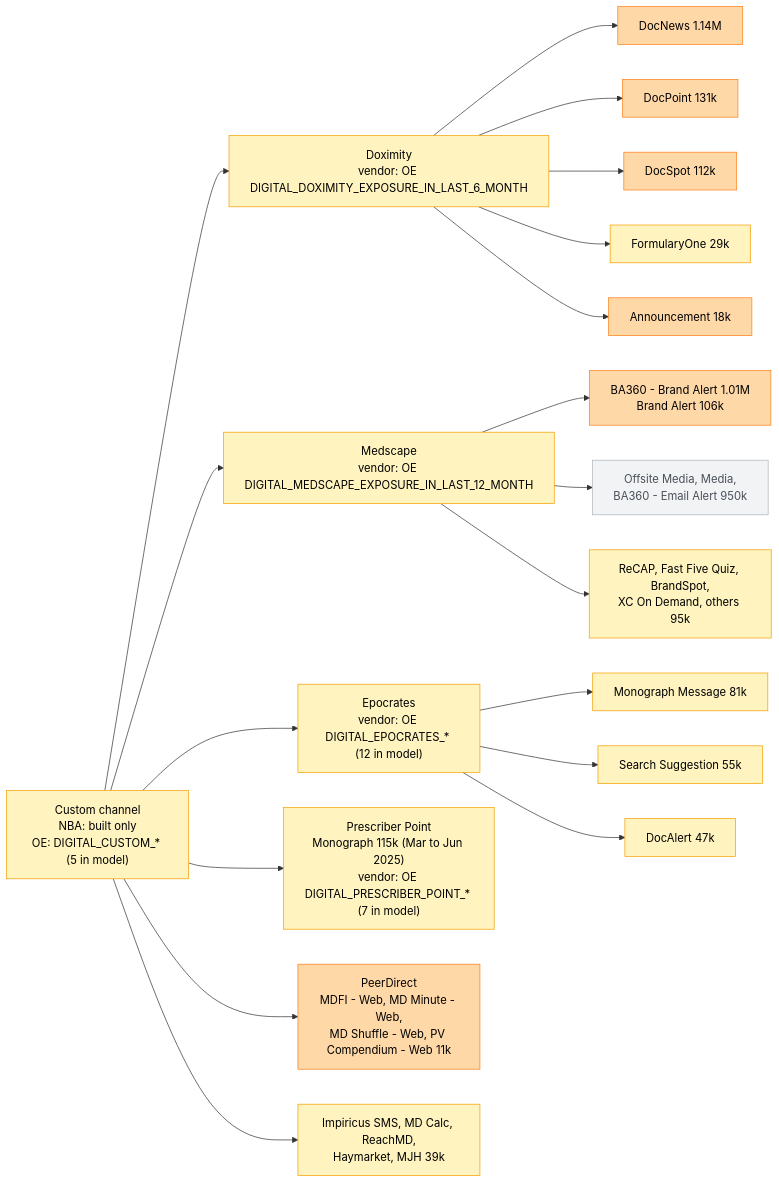
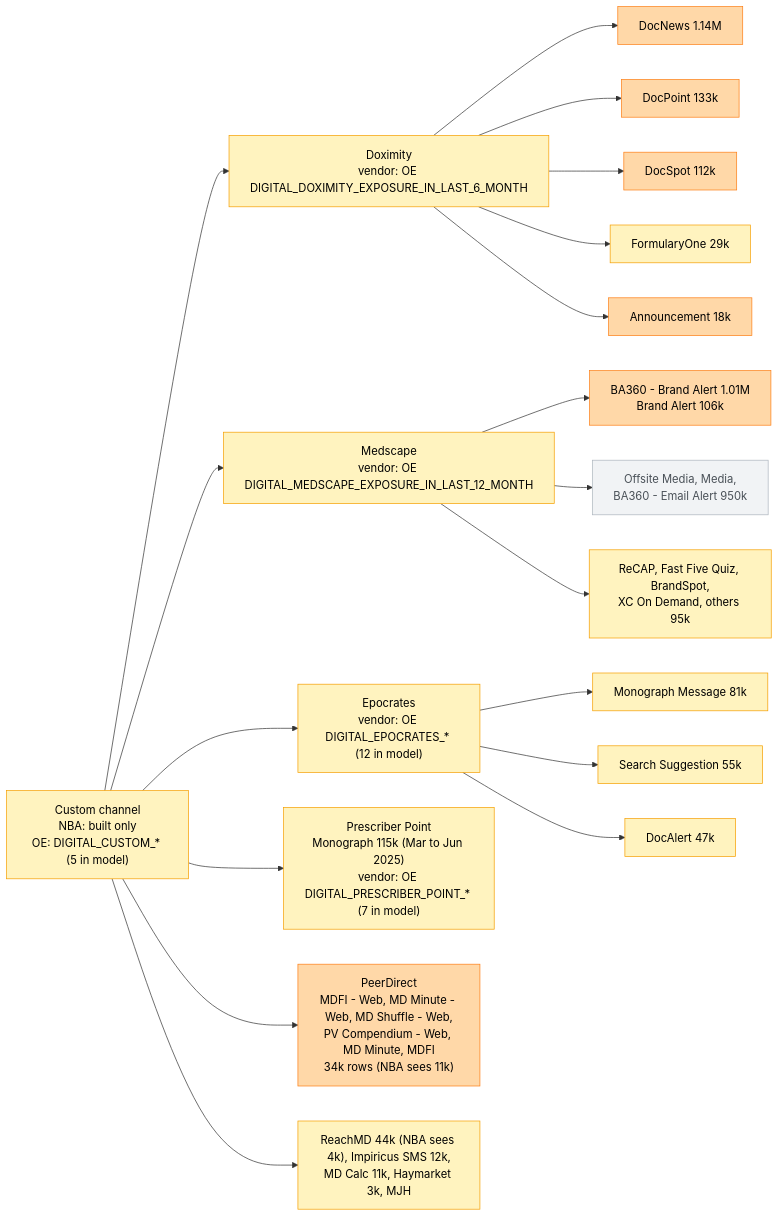
One commit to WenjieAtBayer/kerendia_nba_3_1_develop changed the fourth of 7 diagrams in NBA 3.1 - Dev/04_Promotional_Features/non_personal_promotional_features/01_digital_entity_map_vendor_channel_tactic_content.md. Above: the diagram before and after it, drawn with Mermaid. The commit also changed other lines of this file and 1 other file, not shown here.

````diff
--- a/NBA 3.1 - Dev/04_Promotional_Features/non_personal_promotional_features/01_digital_entity_map_vendor_channel_tactic_content.md
+++ b/NBA 3.1 - Dev/04_Promotional_Features/non_personal_promotional_features/01_digital_entity_map_vendor_channel_tactic_content.md
@@ -195,36 +210,36 @@
 ```mermaid
 flowchart LR
     CUS["Custom channel<br/>NBA: built only<br/>OE: DIGITAL_CUSTOM_* (5 in model)"]
 
     CUS --> DOX["Doximity<br/>vendor: OE DIGITAL_DOXIMITY_EXPOSURE_IN_LAST_6_MONTH"]
     DOX --> DX_N["DocNews 1.14M"]
-    DOX --> DX_P["DocPoint 131k"]
+    DOX --> DX_P["DocPoint 133k"]
     DOX --> DX_S["DocSpot 112k"]
     DOX --> DX_F["FormularyOne 29k"]
     DOX --> DX_A["Announcement 18k"]
 
     CUS --> MS["Medscape<br/>vendor: OE DIGITAL_MEDSCAPE_EXPOSURE_IN_LAST_12_MONTH"]
     MS --> MS_BA["BA360 - Brand Alert 1.01M<br/>Brand Alert 106k"]
     MS --> MS_O["Offsite Media, Media,<br/>BA360 - Email Alert 950k"]
     MS --> MS_X["ReCAP, Fast Five Quiz, BrandSpot,<br/>XC On Demand, others 95k"]
 
     CUS --> EPO["Epocrates<br/>vendor: OE DIGITAL_EPOCRATES_* (12 in model)"]
     EPO --> EP_M["Monograph Message 81k"]
     EPO --> EP_S["Search Suggestion 55k"]
     EPO --> EP_D["DocAlert 47k"]
 
     CUS --> PRP["Prescriber Point<br/>Monograph 115k (Mar to Jun 2025)<br/>vendor: OE DIGITAL_PRESCRIBER_POINT_* (7 in model)"]
 
-    CUS --> PDW["PeerDirect<br/>MDFI - Web, MD Minute - Web,<br/>MD Shuffle - Web, PV Compendium - Web 11k"]
+    CUS --> PDW["PeerDirect<br/>MDFI - Web, MD Minute - Web, MD Shuffle - Web,<br/>PV Compendium - Web, MD Minute, MDFI<br/>34k rows (NBA sees 11k)"]
 
-    CUS --> CO["Impiricus SMS, MD Calc, ReachMD,<br/>Haymarket, MJH 39k"]
+    CUS --> CO["ReachMD 44k (NBA sees 4k), Impiricus SMS 12k,<br/>MD Calc 11k, Haymarket 3k, MJH"]
 
     classDef oeR fill:#ffd8a8,stroke:#fd7e14,color:#000
     classDef oeF fill:#fff3bf,stroke:#f59f00,color:#000
     classDef nbaB fill:#f1f3f5,stroke:#adb5bd,color:#495057
 
     class CUS,DOX,MS,EPO,PRP oeF
     class DX_N,DX_P,DX_S,DX_A,MS_BA,PDW oeR
     class DX_F,MS_X,EP_M,EP_S,EP_D,CO oeF
     class MS_O nbaB
 ```
````
